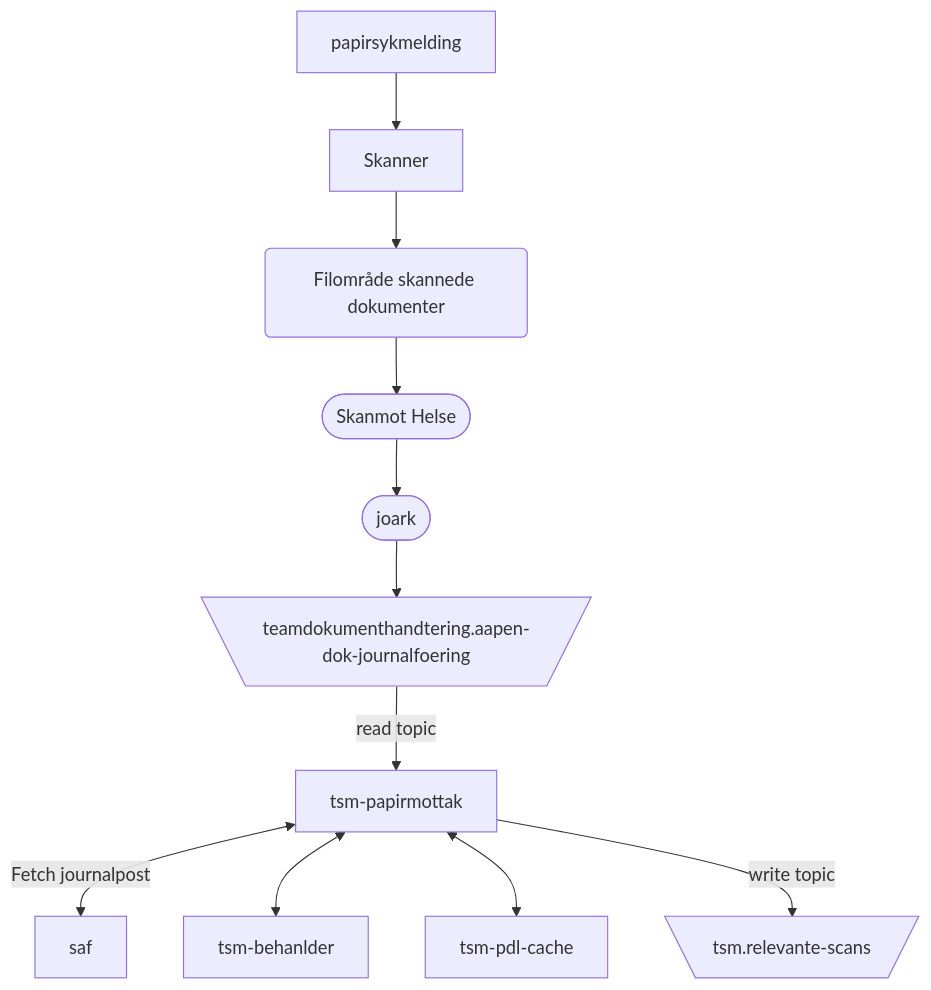
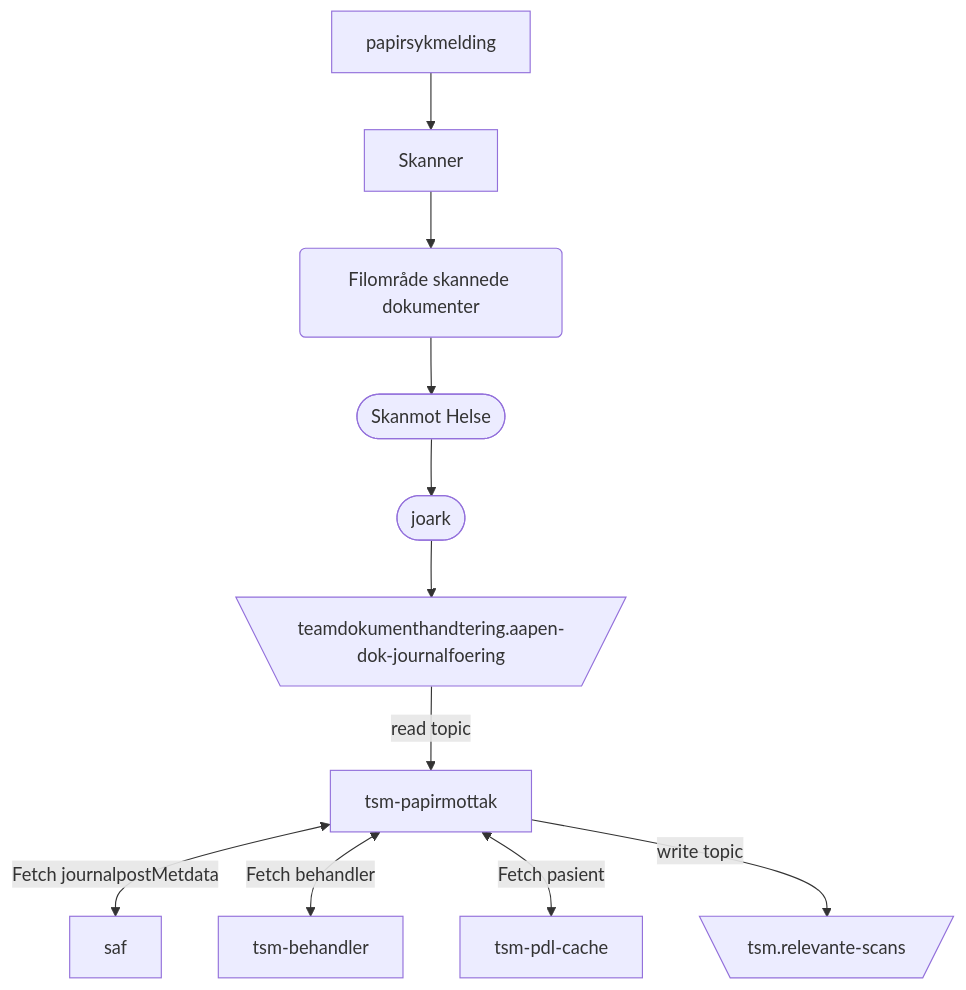
One commit to navikt/tsm-papirmottak changed the diagram in README.md. Above: the diagram before and after it, drawn with Mermaid. The commit also changed 2 other files, not shown here.

Commit message:
chore: change logging info

````diff
--- a/README.md
+++ b/README.md
@@ -7,13 +7,13 @@
 ```mermaid
   graph TD
     papirsykmelding --> Skanner
     Skanner --> id1(Filområde skannede dokumenter)
     id1(Filområde skannede dokumenter) --> id2([Skanmot Helse])
     id2([Skanmot Helse]) --> id3([joark])
     id3([joark]) --> A[\teamdokumenthandtering.aapen-dok-journalfoering/]
     A[\teamdokumenthandtering.aapen-dok-journalfoering/] --> |read topic| id4[tsm-papirmottak]
-    id4[tsm-papirmottak] <--> |Fetch journalpost| id5[saf]
-    id4[tsm-papirmottak] <--> id6[tsm-behanlder]
-    id4[tsm-papirmottak] <--> id7[tsm-pdl-cache]
+    id4[tsm-papirmottak] <--> |Fetch journalpostMetdata| id5[saf]
+    id4[tsm-papirmottak] <--> |Fetch behandler| id6[tsm-behandler]
+    id4[tsm-papirmottak] <--> |Fetch pasient| id7[tsm-pdl-cache]
     id4[tsm-papirmottak] --> |write topic| C[\tsm.relevante-scans/]
 ```
````
